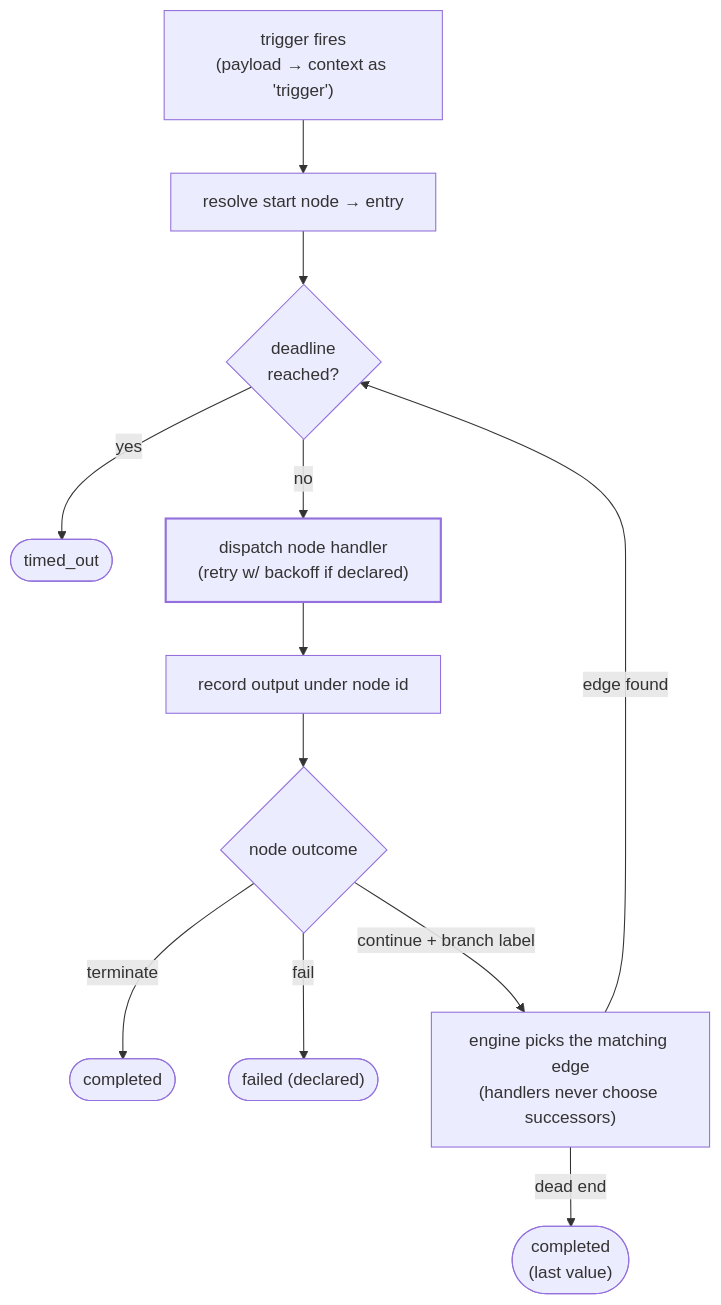
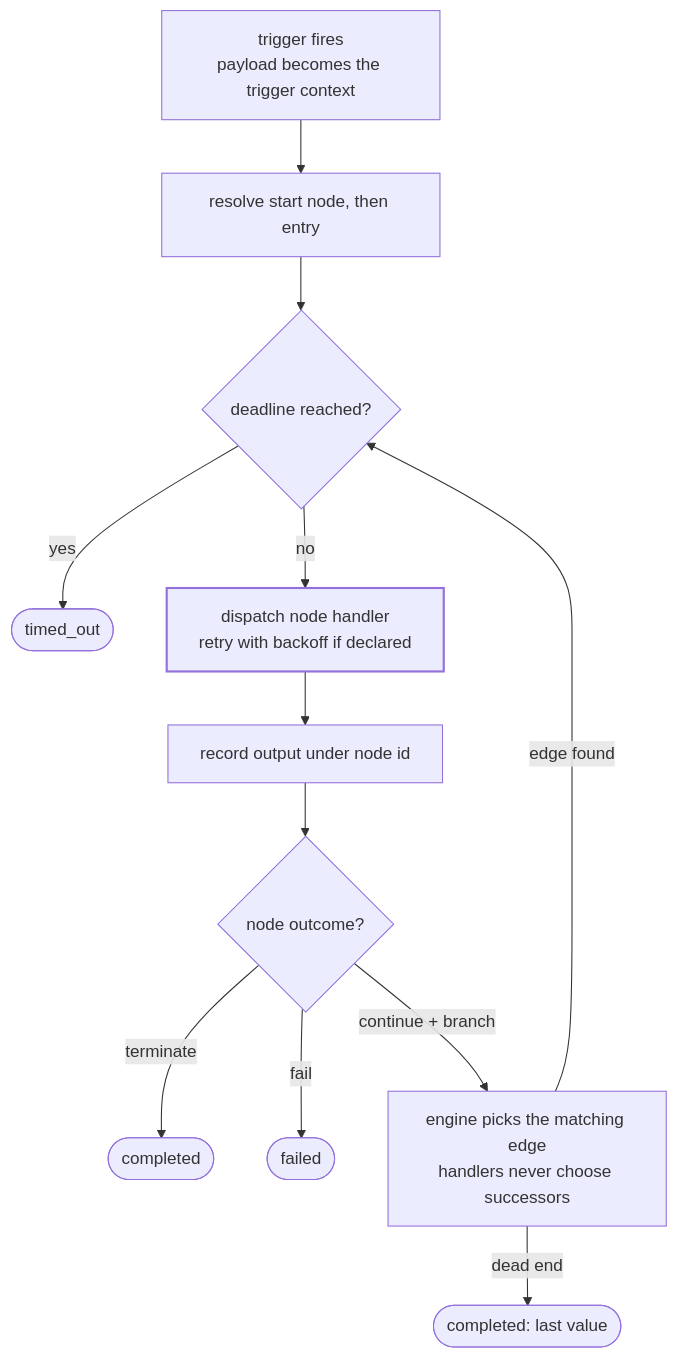
The second of 2 diagrams in README.md (agentd-dev/source-code), drawn with Mermaid before and after one commit. The commit also changed other lines of this file, not shown here.

Commit message:
fix(docs): repair mermaid diagrams so they render on GitHub
Both README diagrams rendered blank (controls but no graph) — a
parse failure from GitHub-mermaid-incompatible syntax: quoted
dotted-edge labels (-. "x" .->), quoted dash-edge labels
(-- "x" -->), and parentheses inside node text. Rewrote to the
pipe edge-label form (-->|label|), dropped parens from labels, and
swapped middle-dots for slashes. Verified: both parse clean under
mermaid v11 and render to SVG via headless Chromium (15 and 23
node elements). Only README.md contained mermaid blocks.

````diff
--- a/README.md
+++ b/README.md
@@ -202,15 +202,15 @@
 ```mermaid
 flowchart TD
-    A["trigger fires<br/>(payload → context as 'trigger')"] --> B["resolve start node → entry"]
-    B --> C{"deadline<br/>reached?"}
-    C -- yes --> T1(["timed_out"])
-    C -- no --> D["dispatch node handler<br/>(retry w/ backoff if declared)"]
+    A["trigger fires<br/>payload becomes the trigger context"] --> B["resolve start node, then entry"]
+    B --> C{"deadline reached?"}
+    C -->|yes| T1(["timed_out"])
+    C -->|no| D["dispatch node handler<br/>retry with backoff if declared"]
     D --> E["record output under node id"]
-    E --> F{"node outcome"}
-    F -- "terminate" --> T2(["completed"])
-    F -- "fail" --> T3(["failed (declared)"])
-    F -- "continue + branch label" --> G["engine picks the matching edge<br/>(handlers never choose successors)"]
-    G -- "edge found" --> C
-    G -- "dead end" --> T4(["completed<br/>(last value)"])
+    E --> F{"node outcome?"}
+    F -->|terminate| T2(["completed"])
+    F -->|fail| T3(["failed"])
+    F -->|"continue + branch"| G["engine picks the matching edge<br/>handlers never choose successors"]
+    G -->|edge found| C
+    G -->|dead end| T4(["completed: last value"])
     style D stroke-width:2px
 ```
````
